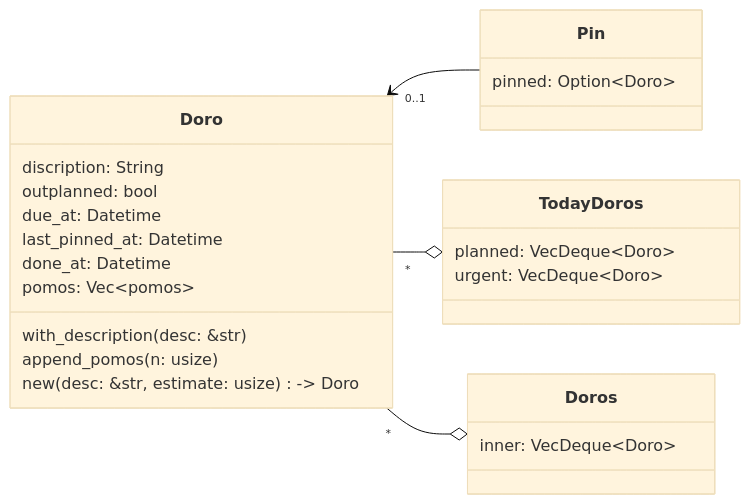
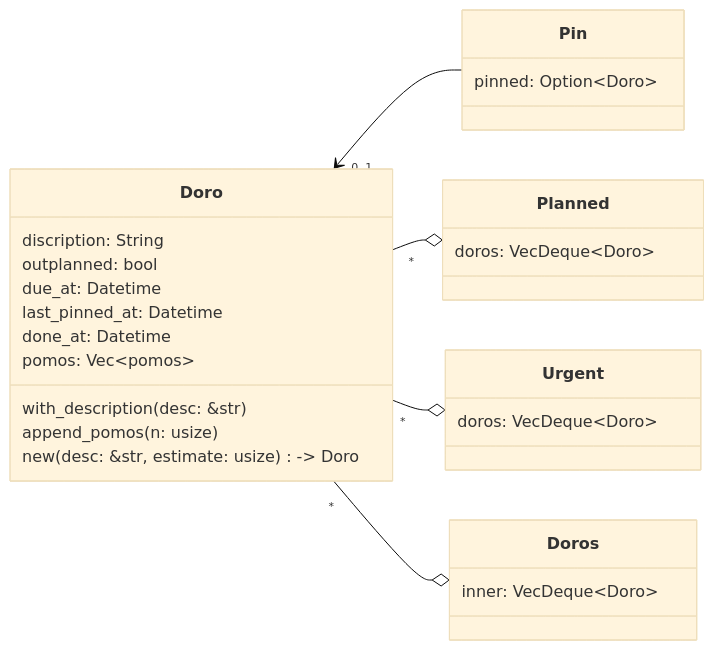
Before and after one commit to huangjj27/huangjj27.github.io: the diagram in src/pomo_doro/estimate-interuption.md, drawn with Mermaid (base theme).

Commit message:
修改设计

````diff
--- a/src/pomo_doro/estimate-interuption.md
+++ b/src/pomo_doro/estimate-interuption.md
@@ -31,33 +31,37 @@
 ```mermaid
 classDiagram
     direction RL
 
     Pin --> "0..1" Doro
-    TodayDoros o-- "*" Doro
+    Planned o-- "*" Doro
+    Urgent o-- "*" Doro
     Doros o-- "*" Doro
 
     class Doro {
         discription: String
         outplanned: bool
         due_at: Datetime
         last_pinned_at: Datetime
         done_at: Datetime
         pomos: Vec~pomos~
         with_description(desc: &str)
         append_pomos(n: usize)
         new(desc: &str, estimate: usize) -> Doro
     }
 
-    class TodayDoros {
-        planned: VecDeque~Doro~
-        urgent: VecDeque~Doro~
+    class Planned {
+        doros: VecDeque~Doro~
+    }
+
+    class Urgent {
+        doros: VecDeque~Doro~
     }
 
     class Doros {
         inner: VecDeque~Doro~
     }
 
     class Pin {
         pinned: Option~Doro~
     }
 ```
````
